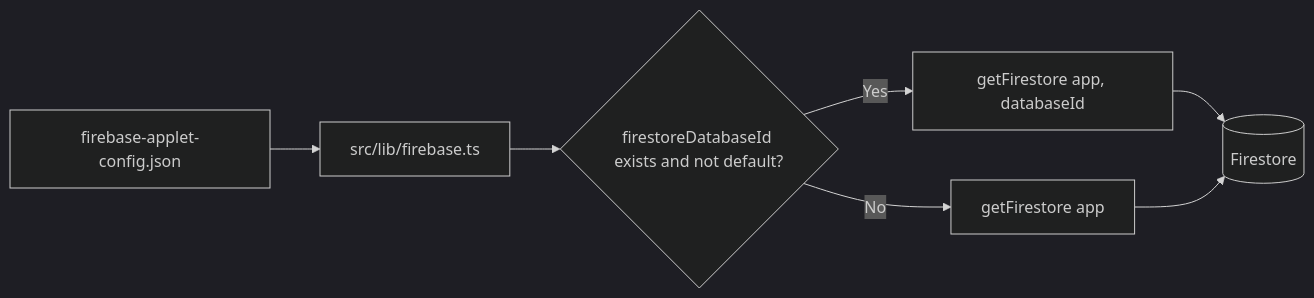
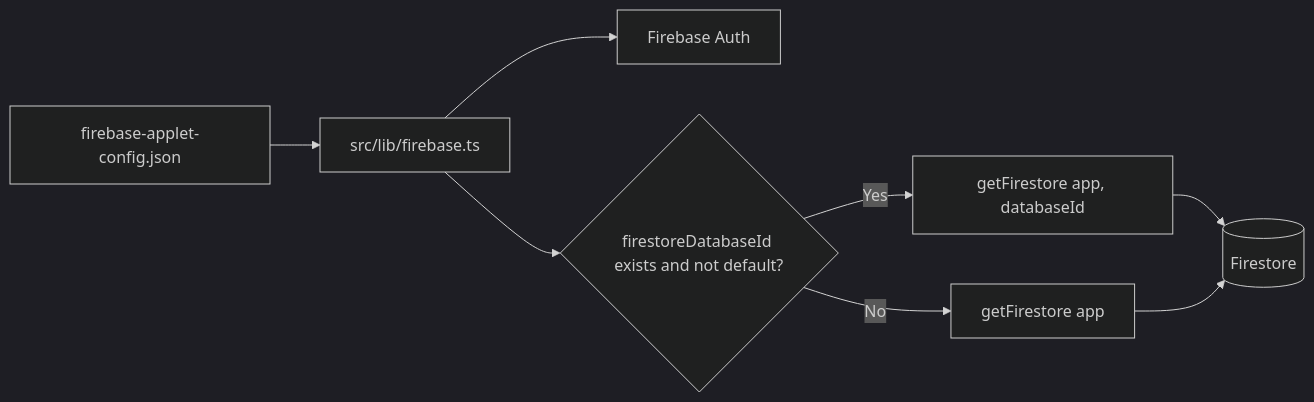
Before and after one commit to checkinout82026-cmd/checkin: the first of 2 diagrams in docs/05-operations-and-deployment.md, drawn with Mermaid (dark theme). The commit also changed other lines of this file and 9 other files, not shown here.

Commit message:
Integrate Firebase Auth and staff checkout approval

````diff
--- a/docs/05-operations-and-deployment.md
+++ b/docs/05-operations-and-deployment.md
@@ -64,9 +65,10 @@
 ```mermaid
 flowchart LR
   Config[firebase-applet-config.json] --> Init[src/lib/firebase.ts]
+  Init --> Auth[Firebase Auth]
   Init --> HasDb{firestoreDatabaseId exists and not default?}
   HasDb -->|Yes| NamedDB[getFirestore app, databaseId]
   HasDb -->|No| DefaultDB[getFirestore app]
   NamedDB --> Firestore[(Firestore)]
   DefaultDB --> Firestore
 ```
````
